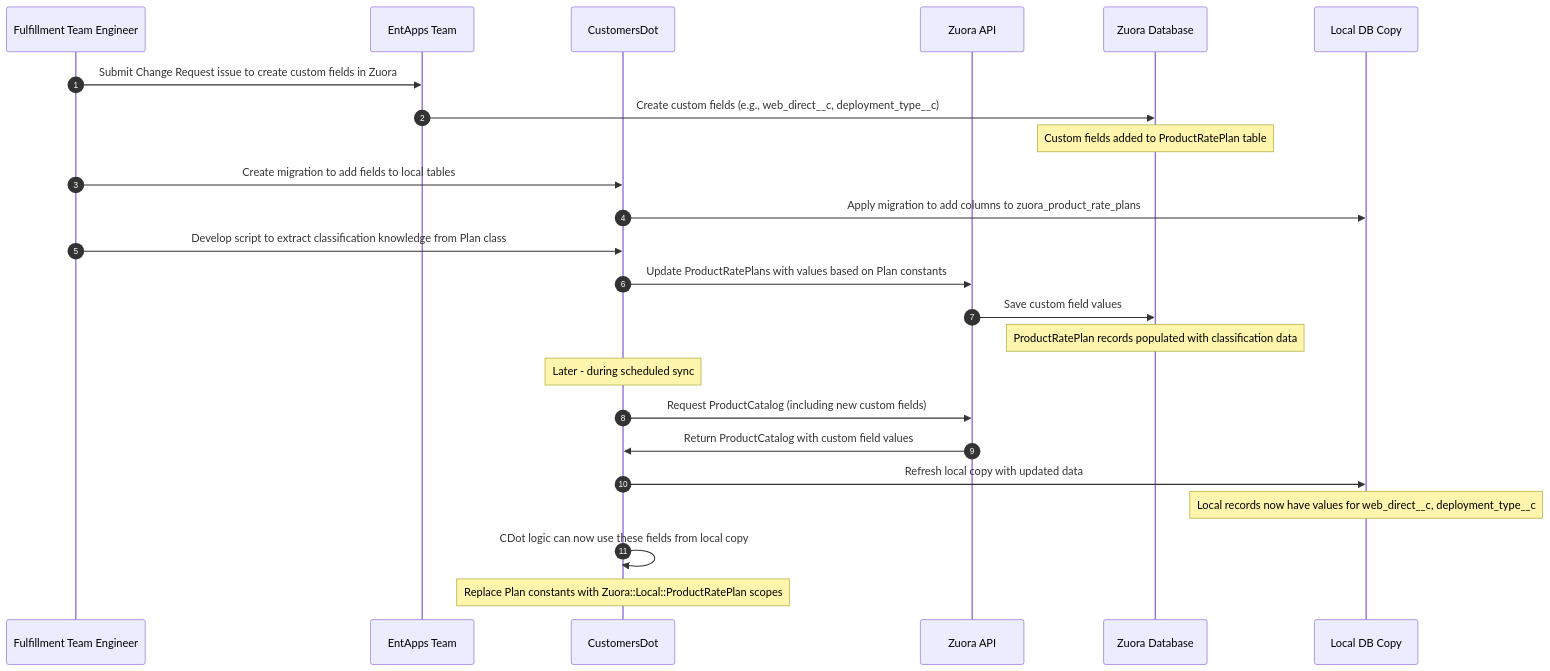
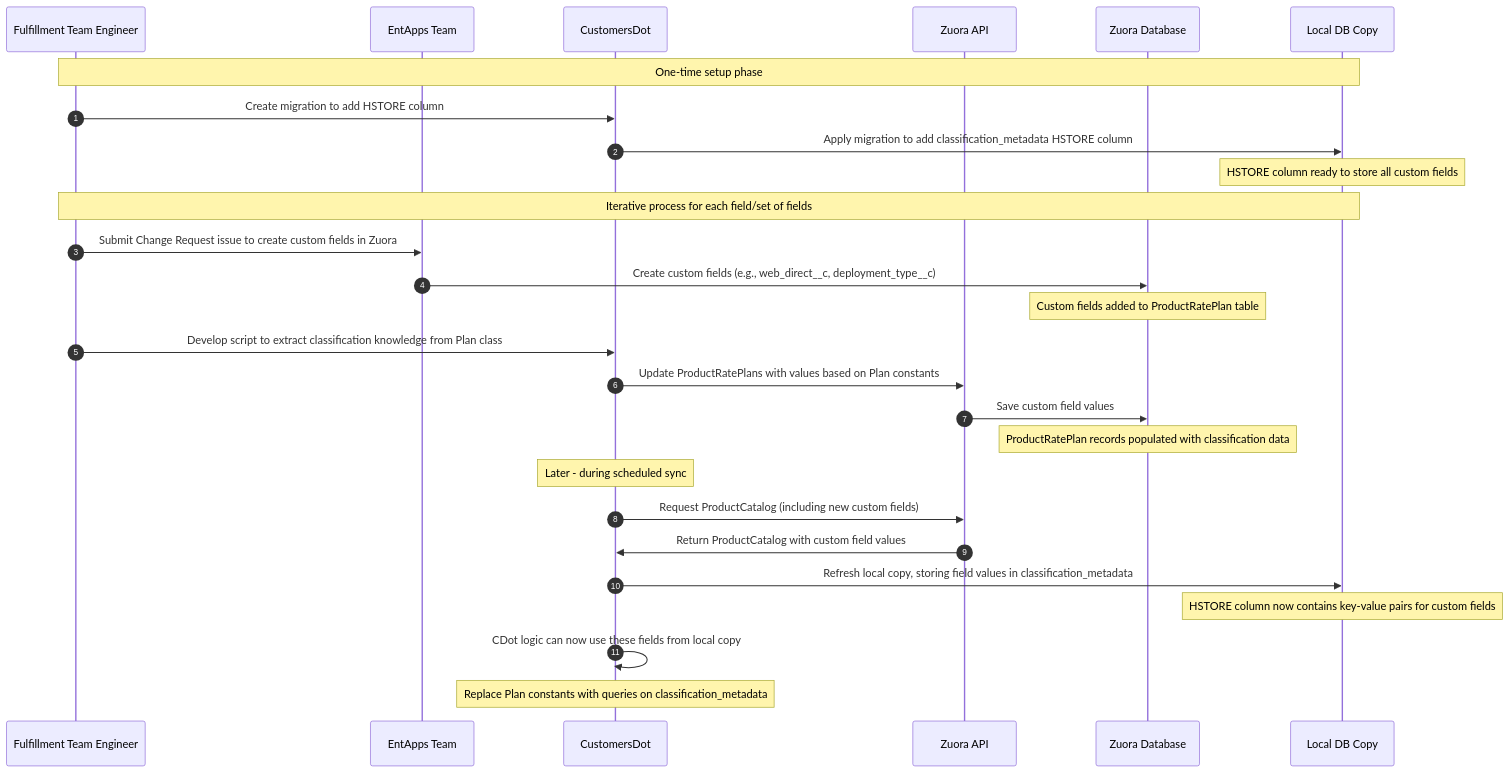
One commit to zalyoung/gitlab-handbook changed the diagram in content/handbook/engineering/architecture/design-documents/cdot_plan_managment/_index.md. Above: the diagram before and after it, drawn with Mermaid. The commit also changed other lines of this file, not shown here.

````diff
--- a/content/handbook/engineering/architecture/design-documents/cdot_plan_managment/_index.md
+++ b/content/handbook/engineering/architecture/design-documents/cdot_plan_managment/_index.md
@@ -43,31 +41,34 @@
 ```mermaid
 sequenceDiagram
     autonumber
     participant FTE as Fulfillment Team Engineer
     participant EntApps as EntApps Team
     participant CDot as CustomersDot
     participant ZuoraAPI as Zuora API
     participant ZuoraDB as Zuora Database
     participant LocalDB as Local DB Copy
 
+    Note over FTE, LocalDB: One-time setup phase
+    FTE->>CDot: Create migration to add HSTORE column
+    CDot->>LocalDB: Apply migration to add classification_metadata HSTORE column
+    Note over LocalDB: HSTORE column ready to store all custom fields
+
+    Note over FTE, LocalDB: Iterative process for each field/set of fields
     FTE->>EntApps: Submit Change Request issue to create custom fields in Zuora
     EntApps->>ZuoraDB: Create custom fields (e.g., web_direct__c, deployment_type__c)
     Note over ZuoraDB: Custom fields added to ProductRatePlan table
-
-    FTE->>CDot: Create migration to add fields to local tables
-    CDot->>LocalDB: Apply migration to add columns to zuora_product_rate_plans
 
     FTE->>CDot: Develop script to extract classification knowledge from Plan class
     CDot->>ZuoraAPI: Update ProductRatePlans with values based on Plan constants
     ZuoraAPI->>ZuoraDB: Save custom field values
     Note over ZuoraDB: ProductRatePlan records populated with classification data
 
     Note over CDot: Later - during scheduled sync
     CDot->>ZuoraAPI: Request ProductCatalog (including new custom fields)
     ZuoraAPI->>CDot: Return ProductCatalog with custom field values
-    CDot->>LocalDB: Refresh local copy with updated data
-    Note over LocalDB: Local records now have values for web_direct__c, deployment_type__c
+    CDot->>LocalDB: Refresh local copy, storing field values in classification_metadata
+    Note over LocalDB: HSTORE column now contains key-value pairs for custom fields
 
     CDot->>CDot: CDot logic can now use these fields from local copy
-    Note over CDot: Replace Plan constants with Zuora::Local::ProductRatePlan scopes
+    Note over CDot: Replace Plan constants with queries on classification_metadata
 ```
````
